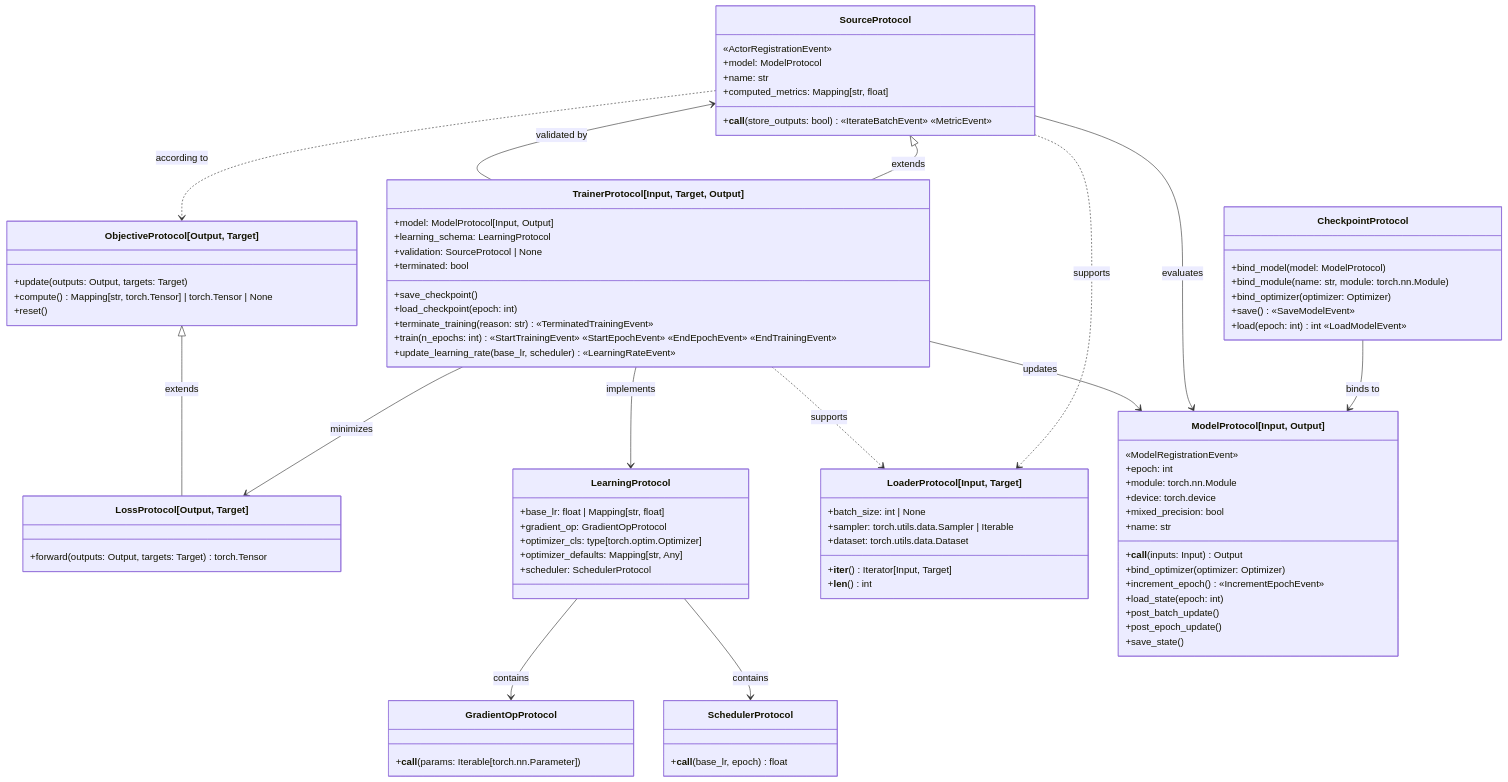
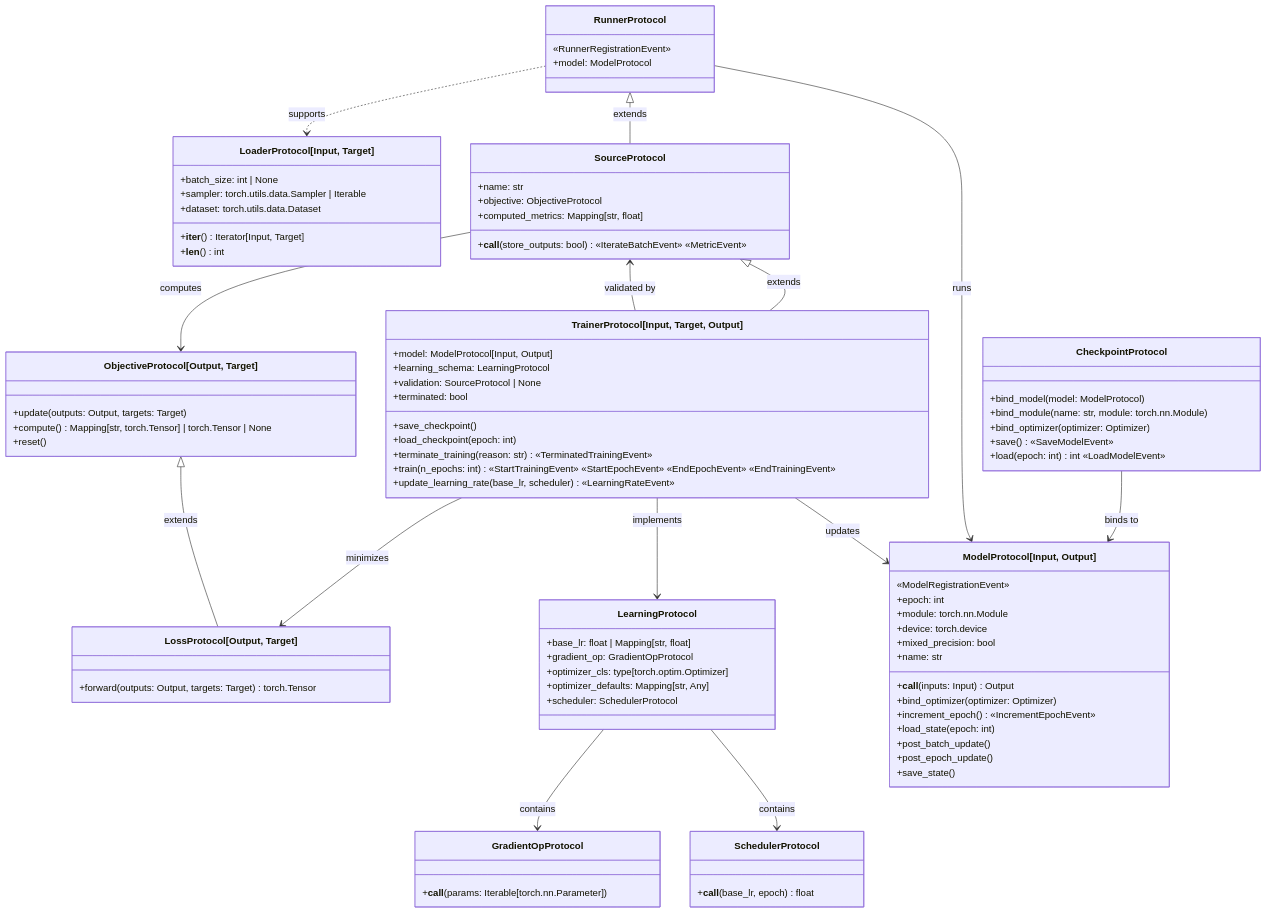
Before and after one commit to nverchev/drytorch: the diagram in docs/architecture.md, drawn with Mermaid. The commit also changed 33 other files, not shown here.

Commit message:
refactor: rename the actor of a model to runner

```diff
--- a/docs/architecture.md
+++ b/docs/architecture.md
@@ -92,10 +92,14 @@
     }
 
 
+    class RunnerProtocol {
+        «RunnerRegistrationEvent»
+        +model: ModelProtocol
+    }
+
     class SourceProtocol {
-        «ActorRegistrationEvent»
-        +model: ModelProtocol
         +name: str
+        +objective: ObjectiveProtocol
         +computed_metrics: Mapping[str, float]
         +__call__(store_outputs: bool) «IterateBatchEvent» «MetricEvent»
     }
@@ -112,17 +116,17 @@
         +update_learning_rate(base_lr, scheduler) «LearningRateEvent»
     }
 
-    SourceProtocol ..> LoaderProtocol : supports
-    TrainerProtocol ..> LoaderProtocol : supports
+    RunnerProtocol ..> LoaderProtocol : supports
     LearningProtocol --> GradientOpProtocol : contains
     LearningProtocol --> SchedulerProtocol : contains
     CheckpointProtocol --> ModelProtocol : binds to
-    SourceProtocol --> ModelProtocol : evaluates
-    SourceProtocol ..> ObjectiveProtocol : according to
+    RunnerProtocol --> ModelProtocol : runs
+    SourceProtocol --> ObjectiveProtocol : computes
     TrainerProtocol --> LearningProtocol :  implements
     TrainerProtocol --> LossProtocol : minimizes
     TrainerProtocol --> ModelProtocol : updates
     TrainerProtocol --> SourceProtocol : validated by
+    RunnerProtocol <|-- SourceProtocol : extends
     SourceProtocol <|-- TrainerProtocol : extends
     ObjectiveProtocol <|-- LossProtocol : extends
 
```
